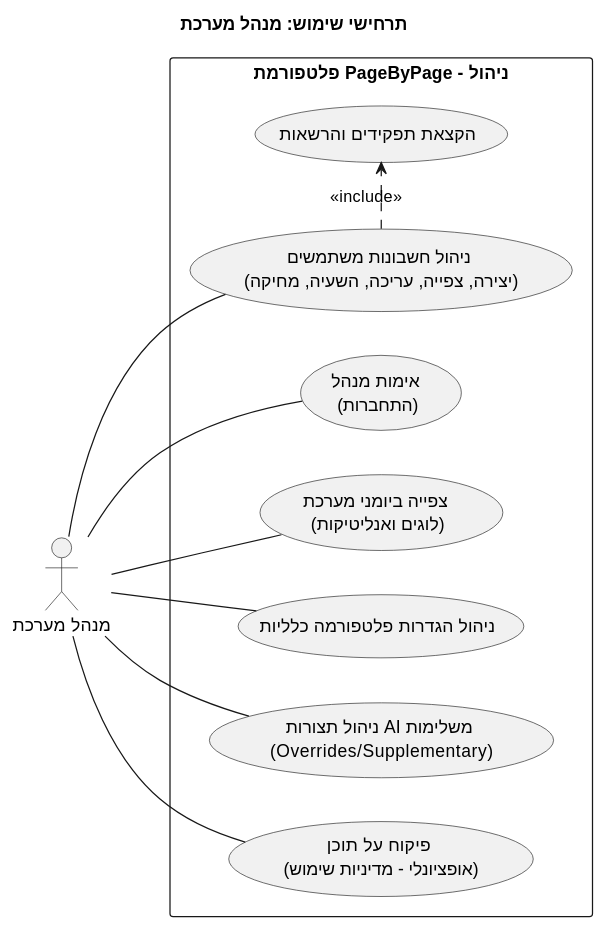
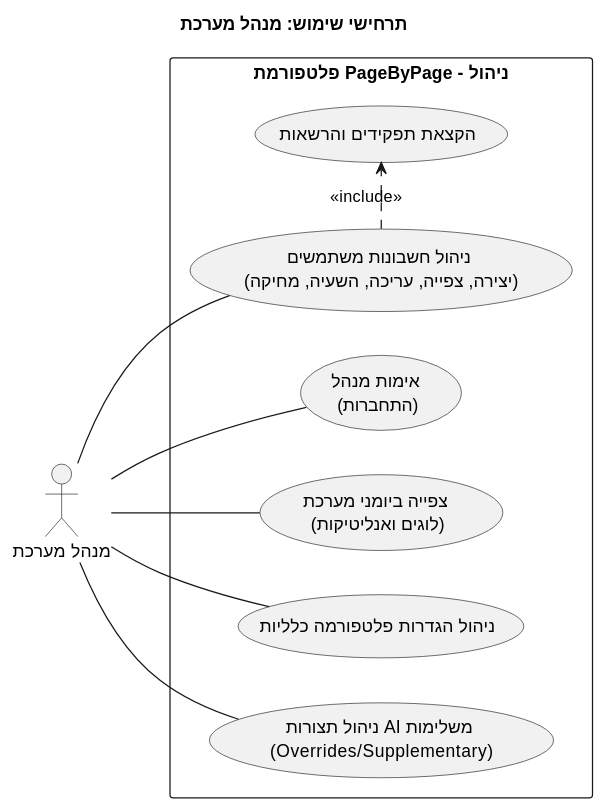
Before and after one commit to Arado3333/PageByPage_Israel_Arad: the diagram in UML/Admin.puml, drawn with PlantUML. The commit also changed 9 other files, not shown here.

```diff
--- a/UML/Admin.puml
+++ b/UML/Admin.puml
@@ -1,28 +1,26 @@
 @startuml
 title "תרחישי שימוש: מנהל מערכת"
 
 left to right direction
 
 actor "מנהל מערכת" as Admin
 
 rectangle "פלטפורמת PageByPage - ניהול" {
   usecase UC_AdminAuth as "אימות מנהל \n(התחברות)"
   usecase UC_ManageUserAccounts as "ניהול חשבונות משתמשים \n(יצירה, צפייה, עריכה, השעיה, מחיקה)"
   usecase UC_AssignRoles as "הקצאת תפקידים והרשאות"
   usecase UC_ViewSystemLogs as "צפייה ביומני מערכת \n(לוגים ואנליטיקות)"
   usecase UC_ManagePlatformSettings as "ניהול הגדרות פלטפורמה כלליות"
   usecase UC_ManageAIOverrides as "ניהול תצורות AI משלימות \n(Overrides/Supplementary)"
-  usecase UC_OverseeContent as "פיקוח על תוכן \n(אופציונלי - מדיניות שימוש)"
 
   UC_ManageUserAccounts .> UC_AssignRoles : <<include>>
 }
 
 ' Actor Associations
 Admin -- UC_AdminAuth
 Admin -- UC_ManageUserAccounts
 Admin -- UC_ViewSystemLogs
 Admin -- UC_ManagePlatformSettings
 Admin -- UC_ManageAIOverrides
-Admin -- UC_OverseeContent
 
 @enduml
```
